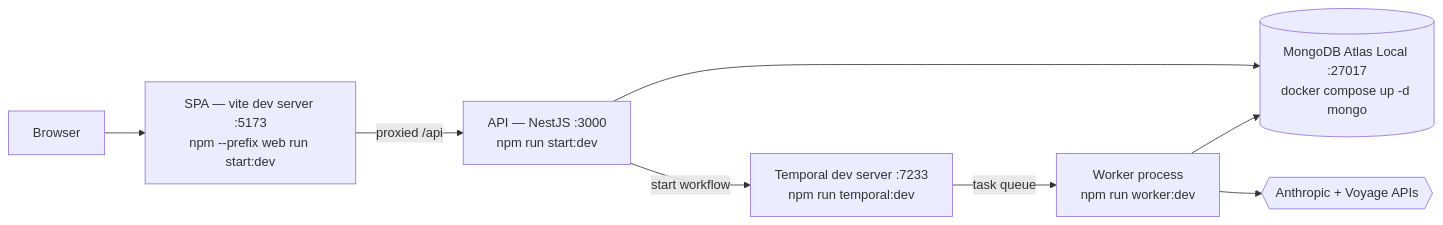
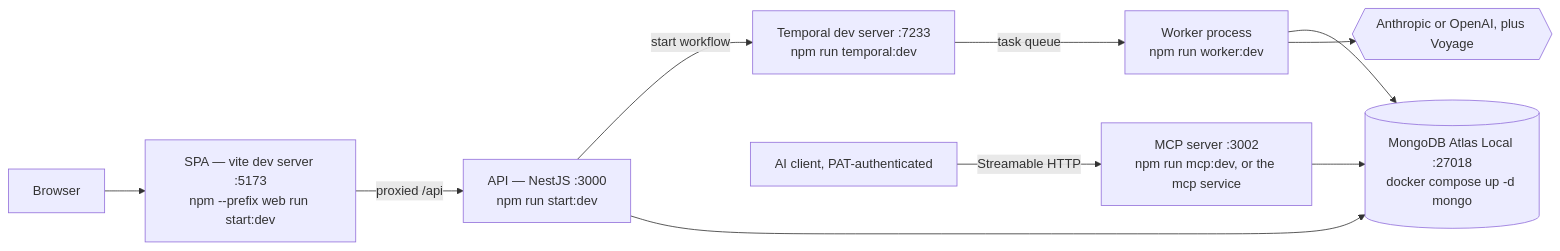
Before and after one commit to DannyTheHippo/evidence-ops: the second of 2 diagrams in README.md, drawn with Mermaid. The commit also changed other lines of this file and 15 other files, not shown here.

````diff
--- a/README.md
+++ b/README.md
@@ -32,10 +171,12 @@
 ```mermaid
 flowchart LR
   Dev["Browser"] --> SPA["SPA — vite dev server :5173<br/>npm --prefix web run start:dev"]
   SPA -->|"proxied /api"| API["API — NestJS :3000<br/>npm run start:dev"]
   API -->|"start workflow"| TS["Temporal dev server :7233<br/>npm run temporal:dev"]
   TS -->|"task queue"| WK["Worker process<br/>npm run worker:dev"]
-  WK --> Mongo[("MongoDB Atlas Local :27017<br/>docker compose up -d mongo")]
+  WK --> Mongo[("MongoDB Atlas Local :27018<br/>docker compose up -d mongo")]
   API --> Mongo
-  WK --> Ext{{"Anthropic + Voyage APIs"}}
+  MCP["MCP server :3002<br/>npm run mcp:dev, or the mcp service"] --> Mongo
+  AI["AI client, PAT-authenticated"] -->|"Streamable HTTP"| MCP
+  WK --> Ext{{"Anthropic or OpenAI, plus Voyage"}}
 ```
````
